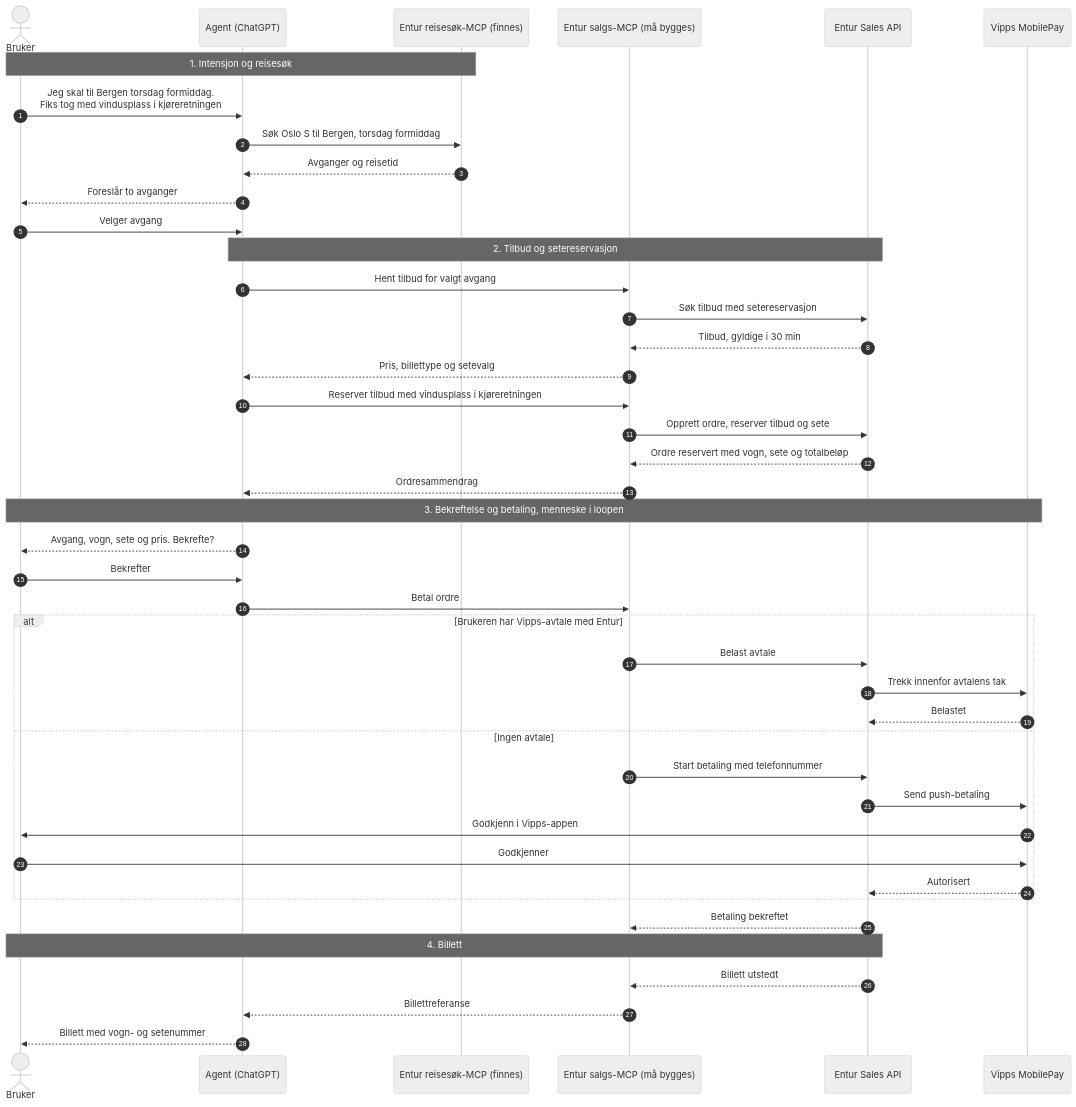
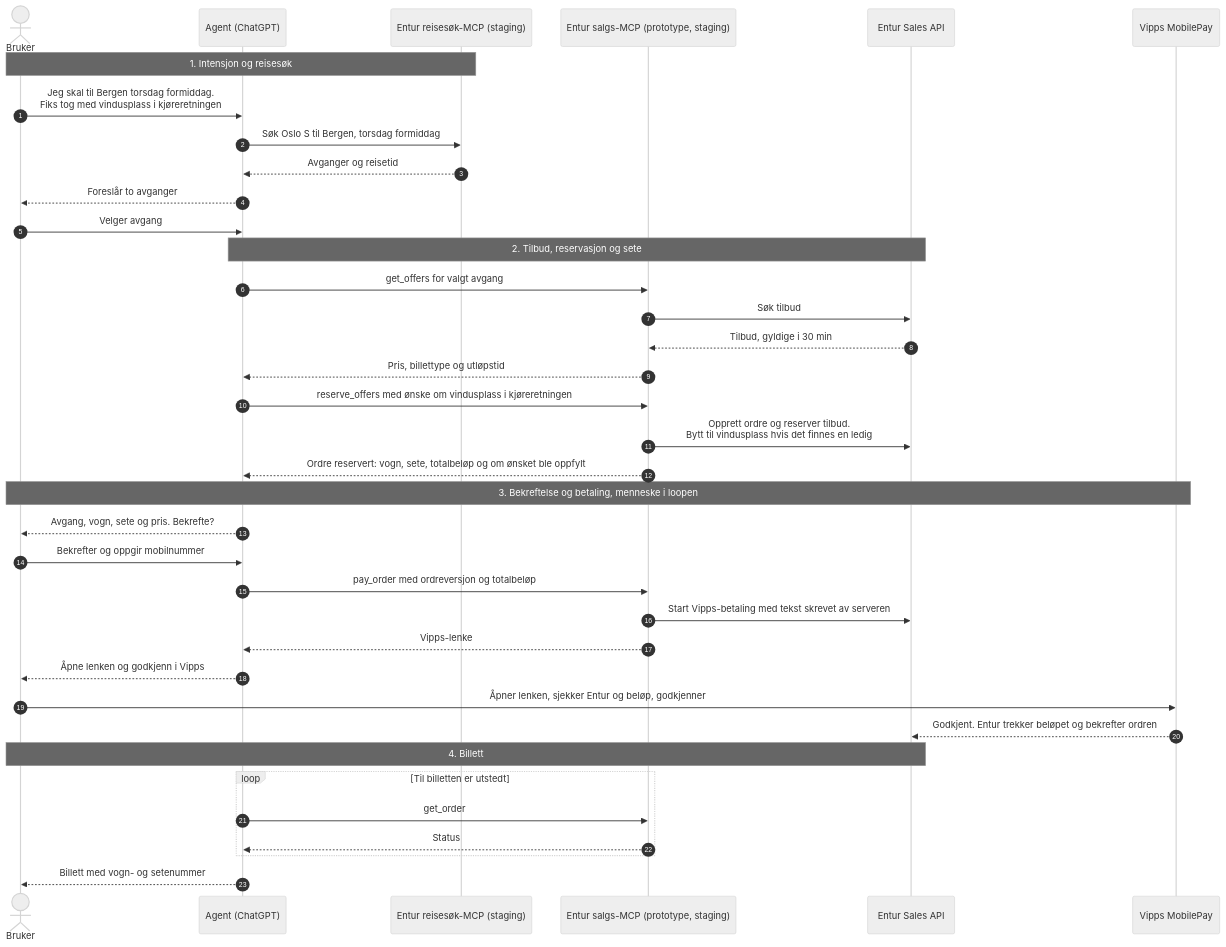
One commit to entur/agentisk-betaling changed the diagram in brukerflyt/bergen-flyt.mmd. Above: the diagram before and after it, drawn with Mermaid (neutral theme). The commit also changed 11 other files, not shown here.

First line of the commit message:
Oppdater brukerflyten til salgs-MCP-prototypen (#2)

```diff
--- a/brukerflyt/bergen-flyt.mmd
+++ b/brukerflyt/bergen-flyt.mmd
@@ -1,47 +1,41 @@
 sequenceDiagram
     autonumber
     actor B as Bruker
     participant A as Agent (ChatGPT)
-    participant R as Entur reisesøk-MCP (finnes)
-    participant S as Entur salgs-MCP (må bygges)
+    participant R as Entur reisesøk-MCP (staging)
+    participant S as Entur salgs-MCP (prototype, staging)
     participant API as Entur Sales API
     participant V as Vipps MobilePay
 
     Note over B,R: 1. Intensjon og reisesøk
     B->>A: Jeg skal til Bergen torsdag formiddag.<br/>Fiks tog med vindusplass i kjøreretningen
     A->>R: Søk Oslo S til Bergen, torsdag formiddag
     R-->>A: Avganger og reisetid
     A-->>B: Foreslår to avganger
     B->>A: Velger avgang
 
-    Note over A,API: 2. Tilbud og setereservasjon
-    A->>S: Hent tilbud for valgt avgang
-    S->>API: Søk tilbud med setereservasjon
+    Note over A,API: 2. Tilbud, reservasjon og sete
+    A->>S: get_offers for valgt avgang
+    S->>API: Søk tilbud
     API-->>S: Tilbud, gyldige i 30 min
-    S-->>A: Pris, billettype og setevalg
-    A->>S: Reserver tilbud med vindusplass i kjøreretningen
-    S->>API: Opprett ordre, reserver tilbud og sete
-    API-->>S: Ordre reservert med vogn, sete og totalbeløp
-    S-->>A: Ordresammendrag
+    S-->>A: Pris, billettype og utløpstid
+    A->>S: reserve_offers med ønske om vindusplass i kjøreretningen
+    S->>API: Opprett ordre og reserver tilbud.<br/>Bytt til vindusplass hvis det finnes en ledig
+    S-->>A: Ordre reservert: vogn, sete, totalbeløp og om ønsket ble oppfylt
 
     Note over B,V: 3. Bekreftelse og betaling, menneske i loopen
     A-->>B: Avgang, vogn, sete og pris. Bekrefte?
-    B->>A: Bekrefter
-    A->>S: Betal ordre
-    alt Brukeren har Vipps-avtale med Entur
-        S->>API: Belast avtale
-        API->>V: Trekk innenfor avtalens tak
-        V-->>API: Belastet
-    else Ingen avtale
-        S->>API: Start betaling med telefonnummer
-        API->>V: Send push-betaling
-        V->>B: Godkjenn i Vipps-appen
-        B->>V: Godkjenner
-        V-->>API: Autorisert
-    end
-    API-->>S: Betaling bekreftet
+    B->>A: Bekrefter og oppgir mobilnummer
+    A->>S: pay_order med ordreversjon og totalbeløp
+    S->>API: Start Vipps-betaling med tekst skrevet av serveren
+    S-->>A: Vipps-lenke
+    A-->>B: Åpne lenken og godkjenn i Vipps
+    B->>V: Åpner lenken, sjekker Entur og beløp, godkjenner
+    V-->>API: Godkjent. Entur trekker beløpet og bekrefter ordren
 
     Note over B,API: 4. Billett
-    API-->>S: Billett utstedt
-    S-->>A: Billettreferanse
+    loop Til billetten er utstedt
+        A->>S: get_order
+        S-->>A: Status
+    end
     A-->>B: Billett med vogn- og setenummer
```
